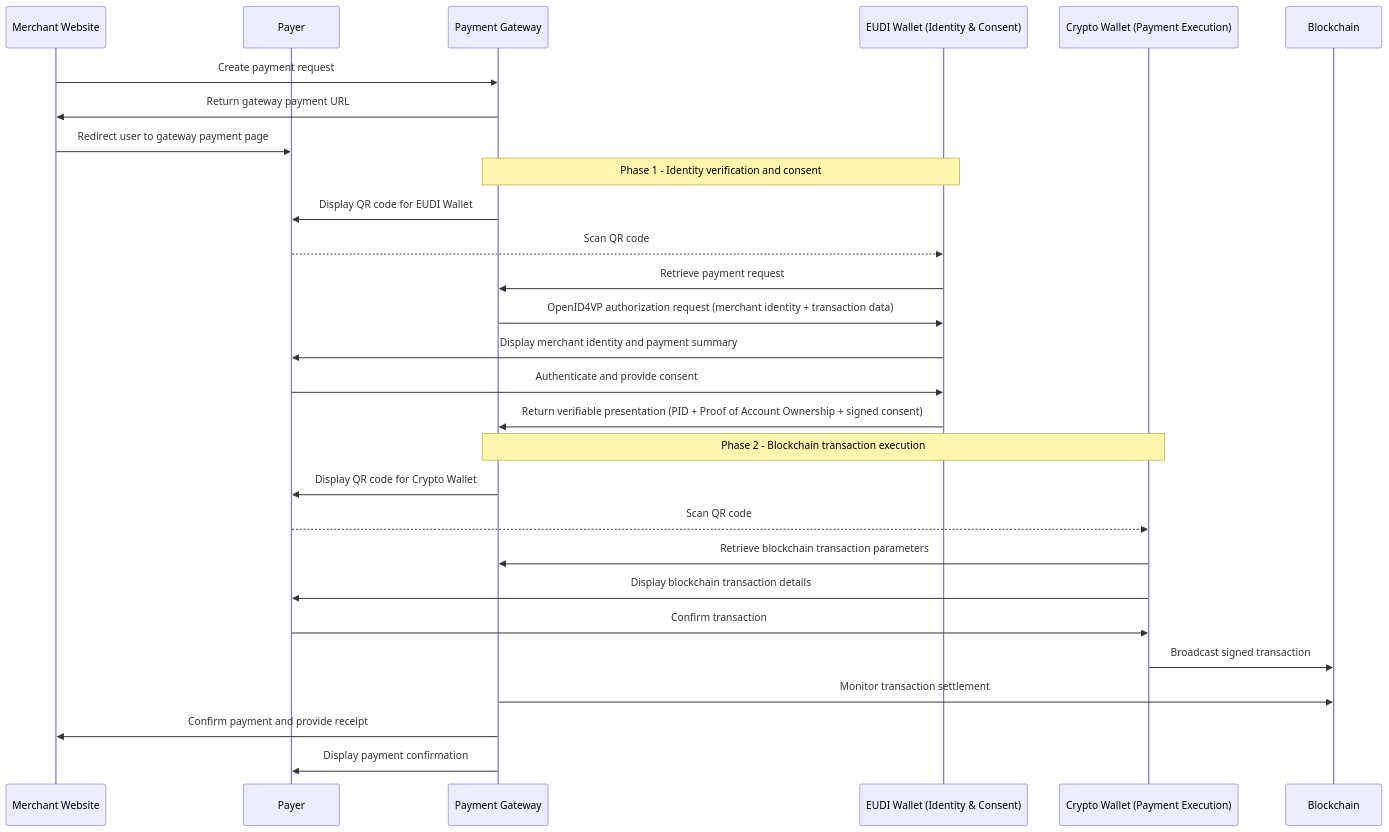
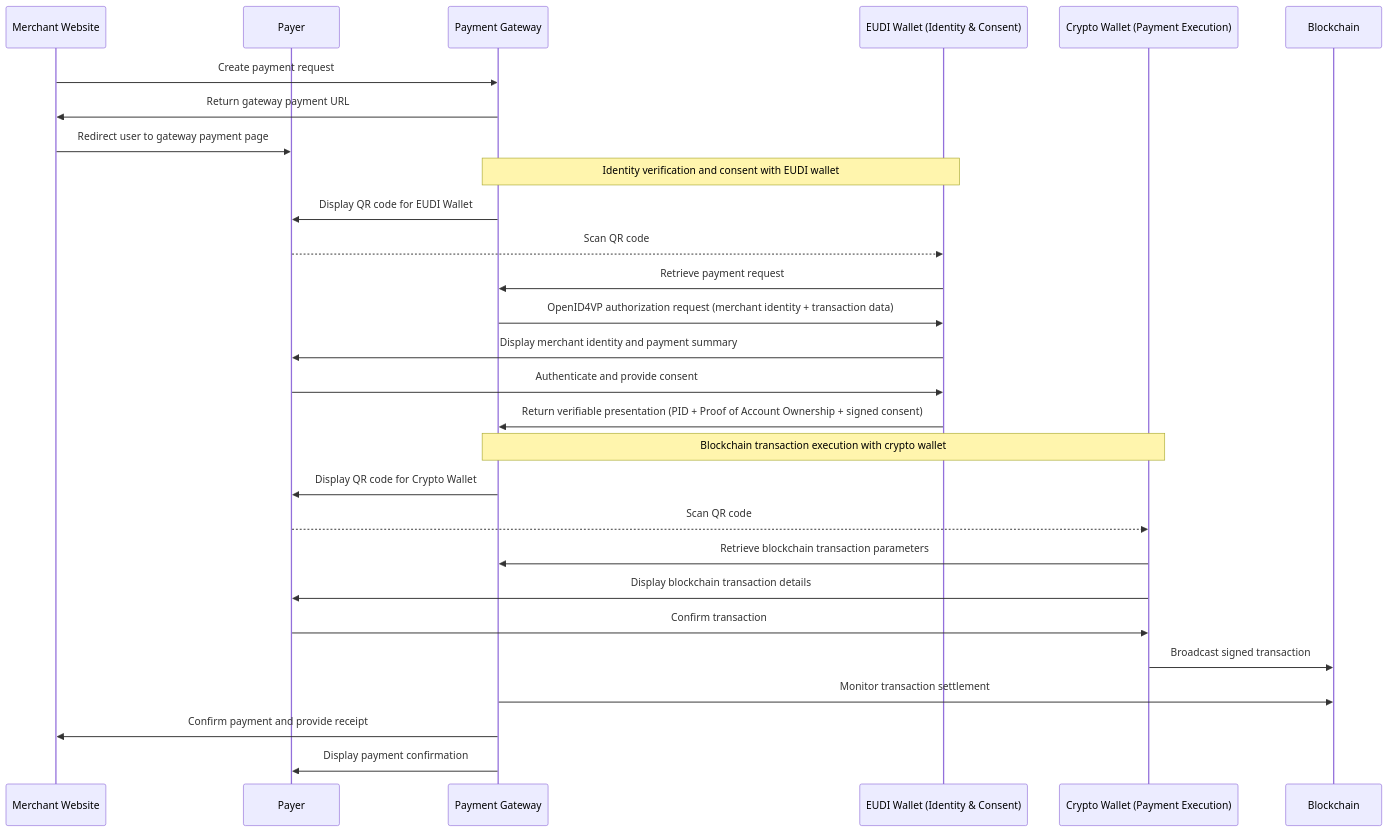
Before and after one commit to TalaoDAO/Web3IDPay: the diagram in Secure_Crypto_P2M_EUDI_Use_Case.md, drawn with Mermaid. The commit also changed other lines of this file, not shown here.

Commit message:
update diagram

````diff
--- a/Secure_Crypto_P2M_EUDI_Use_Case.md
+++ b/Secure_Crypto_P2M_EUDI_Use_Case.md
@@ -379,38 +375,38 @@
 ```mermaid
 sequenceDiagram
     participant Merchant as Merchant Website
     participant User as Payer
     participant Gateway as Payment Gateway
     participant Wallet as EUDI Wallet (Identity & Consent)
     participant Crypto as Crypto Wallet (Payment Execution)
     participant Blockchain as Blockchain
 
     Merchant->>Gateway: Create payment request
     Gateway->>Merchant: Return gateway payment URL
     Merchant->>User: Redirect user to gateway payment page
 
-    Note over Gateway,Wallet: Phase 1 - Identity verification and consent
+    Note over Gateway,Wallet: Identity verification and consent with EUDI wallet
 
     Gateway->>User: Display QR code for EUDI Wallet
     User-->>Wallet: Scan QR code
     Wallet->>Gateway: Retrieve payment request
 
     Gateway->>Wallet: OpenID4VP authorization request (merchant identity + transaction data)
     Wallet->>User: Display merchant identity and payment summary
     User->>Wallet: Authenticate and provide consent
     Wallet->>Gateway: Return verifiable presentation (PID + Proof of Account Ownership + signed consent)
 
-    Note over Gateway,Crypto: Phase 2 - Blockchain transaction execution
+    Note over Gateway,Crypto: Blockchain transaction execution with crypto wallet
 
     Gateway->>User: Display QR code for Crypto Wallet
     User-->>Crypto: Scan QR code
     Crypto->>Gateway: Retrieve blockchain transaction parameters
 
     Crypto->>User: Display blockchain transaction details
     User->>Crypto: Confirm transaction
     Crypto->>Blockchain: Broadcast signed transaction
 
     Gateway->>Blockchain: Monitor transaction settlement
     Gateway->>Merchant: Confirm payment and provide receipt
     Gateway->>User: Display payment confirmation
 ```
````
